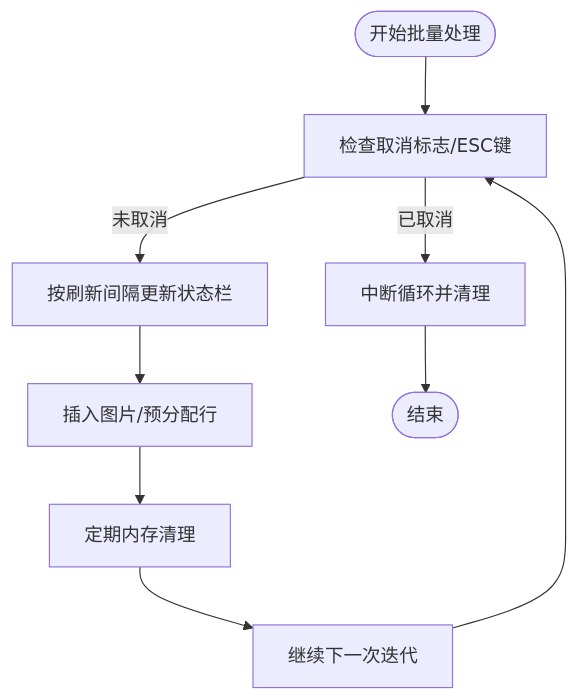
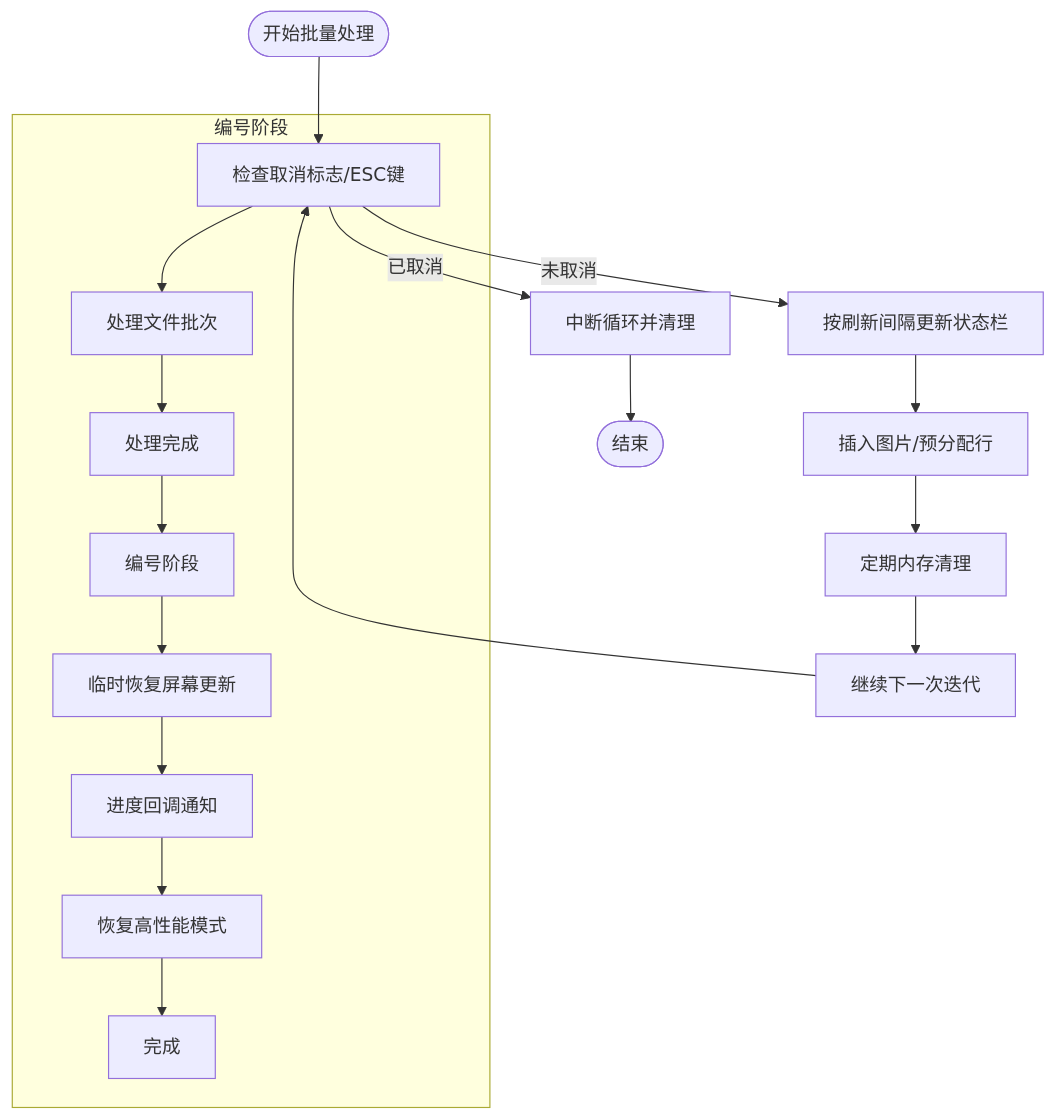
Before and after one commit to rainiva/WordTools: the fourth of 6 diagrams in .qoder/repowiki/zh/content/服务层/进度服务.md, drawn with Mermaid. The commit also changed other lines of this file and 4 other files, not shown here.

````diff
--- a/.qoder/repowiki/zh/content/服务层/进度服务.md
+++ b/.qoder/repowiki/zh/content/服务层/进度服务.md
@@ -227,11 +230,20 @@
 ```mermaid
 flowchart TD
 Start(["开始批量处理"]) --> CheckCancel["检查取消标志/ESC键"]
 CheckCancel --> |已取消| Abort["中断循环并清理"]
 CheckCancel --> |未取消| UpdateProgress["按刷新间隔更新状态栏"]
 UpdateProgress --> InsertImage["插入图片/预分配行"]
 InsertImage --> MemoryCleanup["定期内存清理"]
 MemoryCleanup --> NextIter["继续下一次迭代"]
 NextIter --> CheckCancel
 Abort --> End(["结束"])
+subgraph "编号阶段"
+CheckCancel --> ProcessFiles["处理文件批次"]
+ProcessFiles --> DoneProcessing["处理完成"]
+DoneProcessing --> NumberingPhase["编号阶段"]
+NumberingPhase --> TempScreenRestore["临时恢复屏幕更新"]
+TempScreenRestore --> ProgressCallback["进度回调通知"]
+ProgressCallback --> RestorePerformanceMode["恢复高性能模式"]
+RestorePerformanceMode --> Finalize["完成"]
+end
 ```
````
